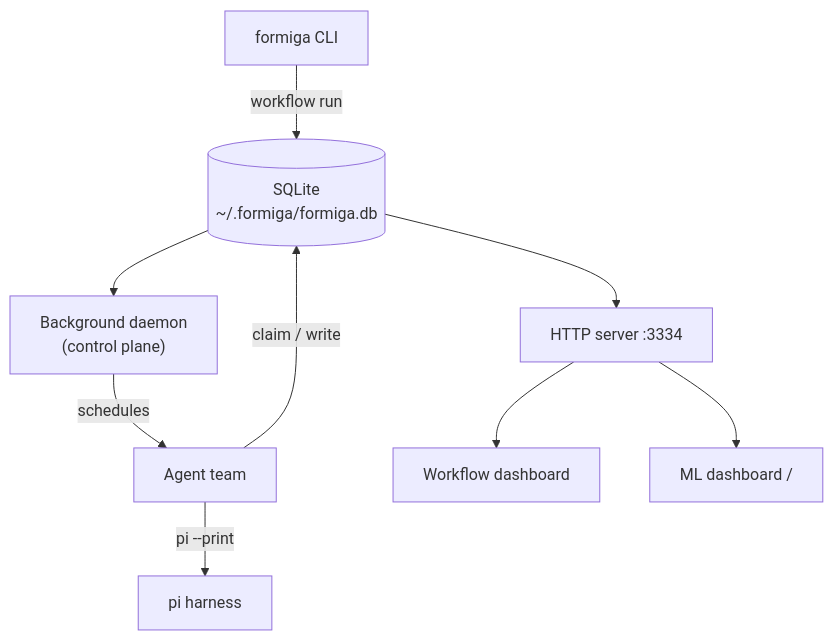
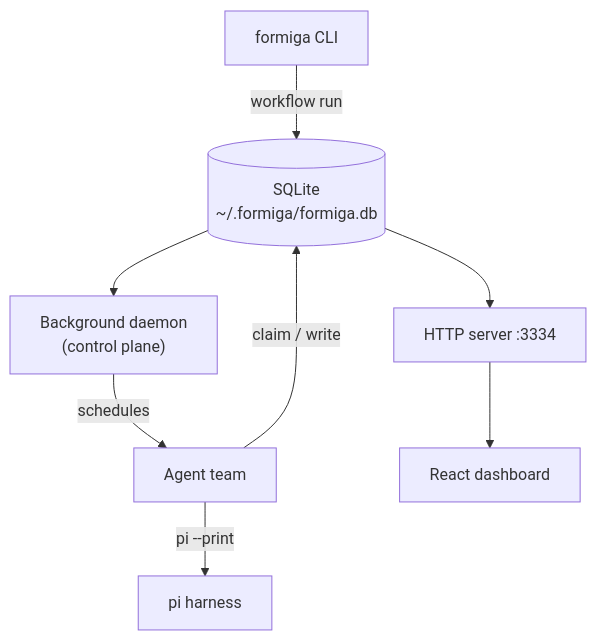
One commit to PJarbas/formiga changed the second of 2 diagrams in README.md. Above: the diagram before and after it, drawn with Mermaid. The commit also changed other lines of this file and 5 other files, not shown here.

````diff
--- a/README.md
+++ b/README.md
@@ -126,11 +126,10 @@
 ```mermaid
 flowchart TB
     CLI["formiga CLI"] -->|workflow run| DB[("SQLite<br/>~/.formiga/formiga.db")]
     DB --> Daemon["Background daemon<br/>(control plane)"]
     Daemon -->|schedules| Agents["Agent team"]
     Agents -->|"pi --print"| Harness["pi harness"]
     Agents -->|claim / write| DB
     DB --> Server["HTTP server :3334"]
-    Server --> Dash["Workflow dashboard"]
-    Server --> ML["ML dashboard /"]
+    Server --> Dash["React dashboard"]
 ```
````
